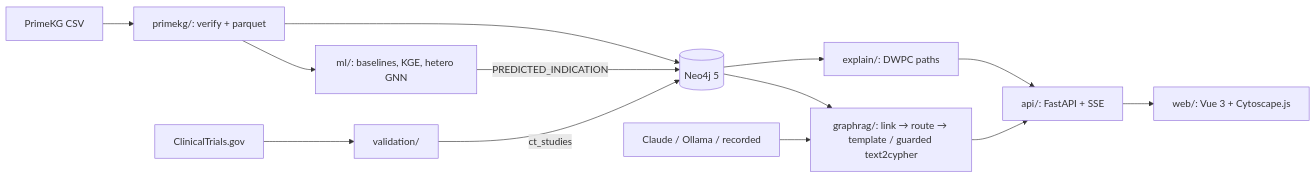
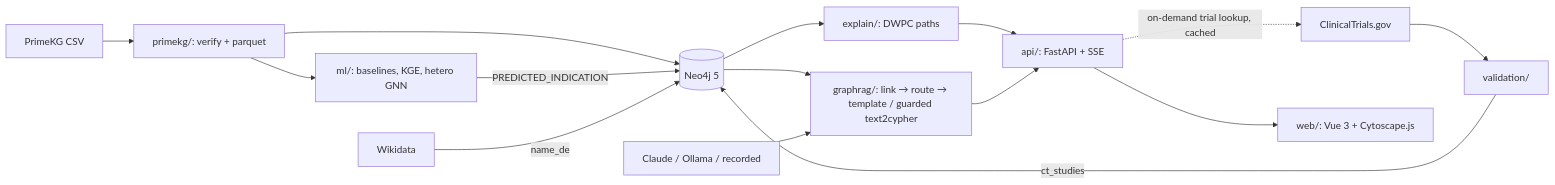
One commit to parimalgavali/drug-repurposing-kg changed the diagram in README.md. Above: the diagram before and after it, drawn with Mermaid. The commit also changed other lines of this file and 5 other files, not shown here.

````diff
--- a/README.md
+++ b/README.md
@@ -32,13 +34,15 @@
 ```mermaid
 flowchart LR
   P[PrimeKG CSV] --> D[primekg/: verify + parquet] --> N[(Neo4j 5)]
   D --> M[ml/: baselines, KGE, hetero GNN]
   M -- PREDICTED_INDICATION --> N
   C[ClinicalTrials.gov] --> V[validation/] -- ct_studies --> N
+  W2[Wikidata] -- name_de --> N
   N --> E[explain/: DWPC paths]
   N --> G[graphrag/: link → route → template / guarded text2cypher]
   L[Claude / Ollama / recorded] --> G
   E --> A[api/: FastAPI + SSE]
   G --> A
   A --> W[web/: Vue 3 + Cytoscape.js]
+  A -. on-demand trial lookup, cached .-> C
 ```
````
